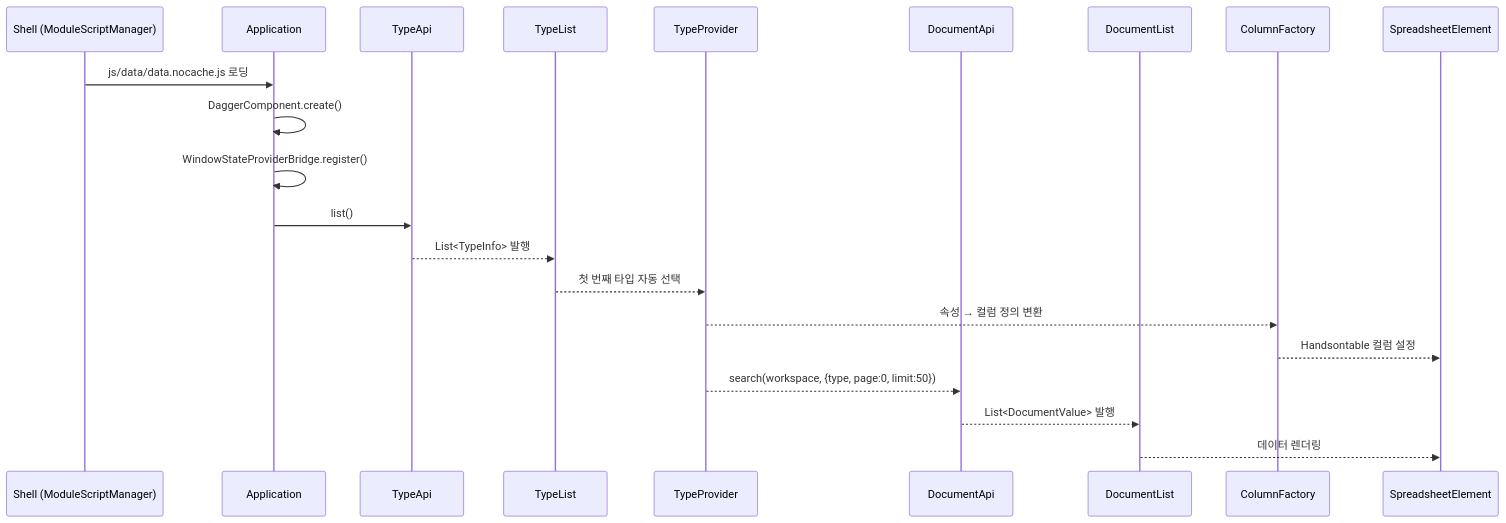
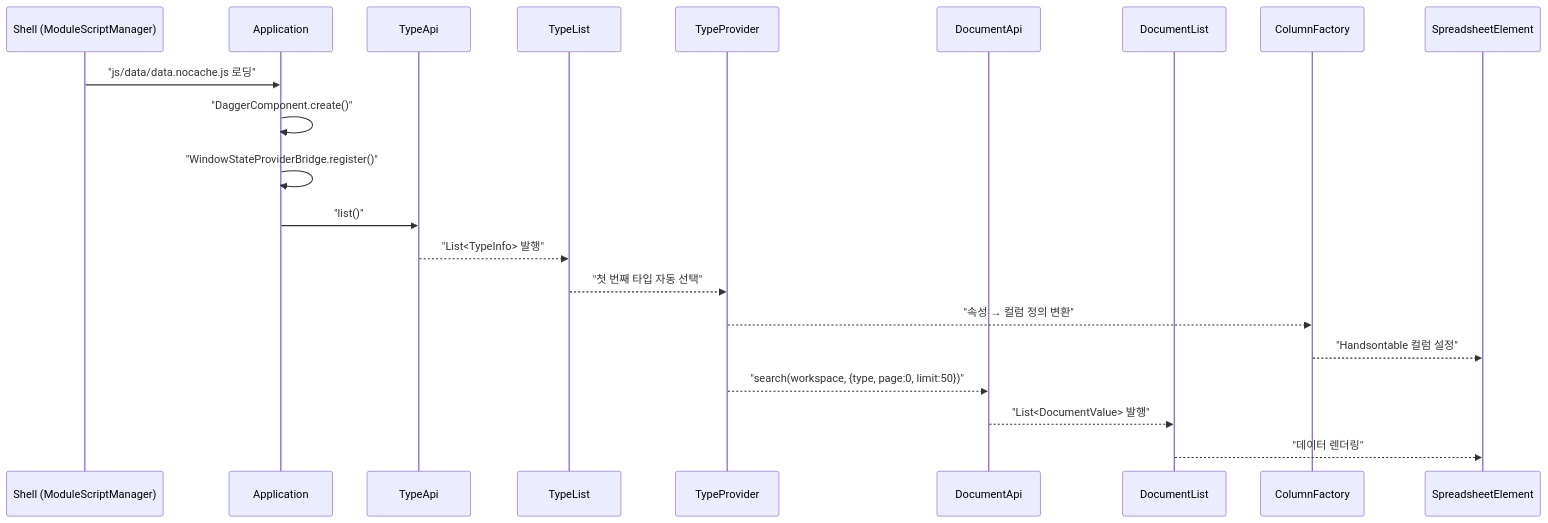
Before and after one commit to sayaya1090/handbook: the first of 9 diagrams in document-ui/USECASE.md, drawn with Mermaid. The commit also changed other lines of this file and 22 other files, not shown here.

First line of the commit message:
docs: Mermaid 다이어그램 렌더링 오류 수정을 위한 구문 전수 교정

````diff
--- a/document-ui/USECASE.md
+++ b/document-ui/USECASE.md
@@ -5,24 +5,24 @@
 ```mermaid
 sequenceDiagram
     participant Shell as Shell (ModuleScriptManager)
     participant App as Application
     participant TA as TypeApi
     participant TL as TypeList
     participant TP as TypeProvider
     participant DA as DocumentApi
     participant DL as DocumentList
     participant CF as ColumnFactory
     participant Sheet as SpreadsheetElement
 
-    Shell->>App: js/data/data.nocache.js 로딩
-    App->>App: DaggerComponent.create()
-    App->>App: WindowStateProviderBridge.register()
-    App->>TA: list()
-    TA-->>TL: List<TypeInfo> 발행
-    TL-->>TP: 첫 번째 타입 자동 선택
-    TP-->>CF: 속성 → 컬럼 정의 변환
-    CF-->>Sheet: Handsontable 컬럼 설정
-    TP-->>DA: search(workspace, {type, page:0, limit:50})
-    DA-->>DL: List<DocumentValue> 발행
-    DL-->>Sheet: 데이터 렌더링
+    Shell->>App: "js/data/data.nocache.js 로딩"
+    App->>App: "DaggerComponent.create()"
+    App->>App: "WindowStateProviderBridge.register()"
+    App->>TA: "list()"
+    TA-->>TL: "List<TypeInfo> 발행"
+    TL-->>TP: "첫 번째 타입 자동 선택"
+    TP-->>CF: "속성 → 컬럼 정의 변환"
+    CF-->>Sheet: "Handsontable 컬럼 설정"
+    TP-->>DA: "search(workspace, {type, page:0, limit:50})"
+    DA-->>DL: "List<DocumentValue> 발행"
+    DL-->>Sheet: "데이터 렌더링"
 ```
````
